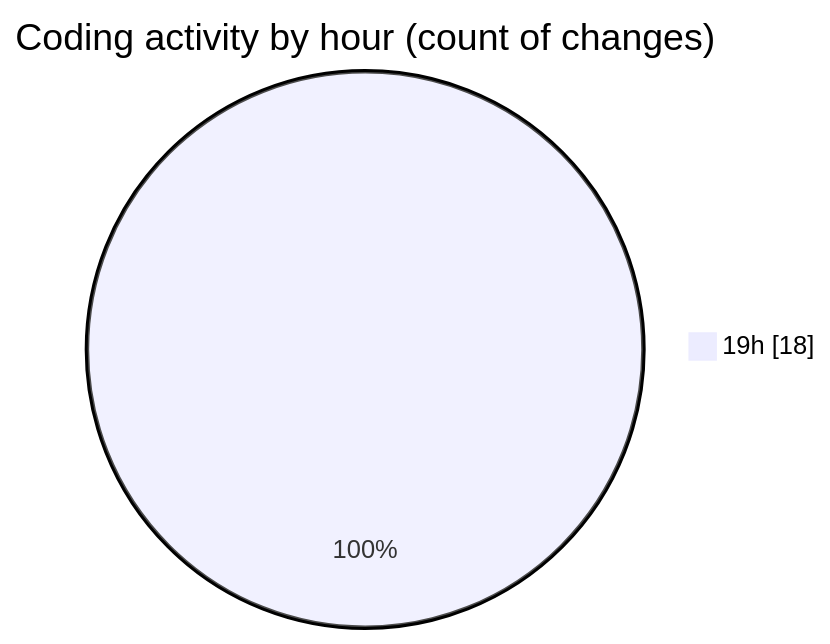
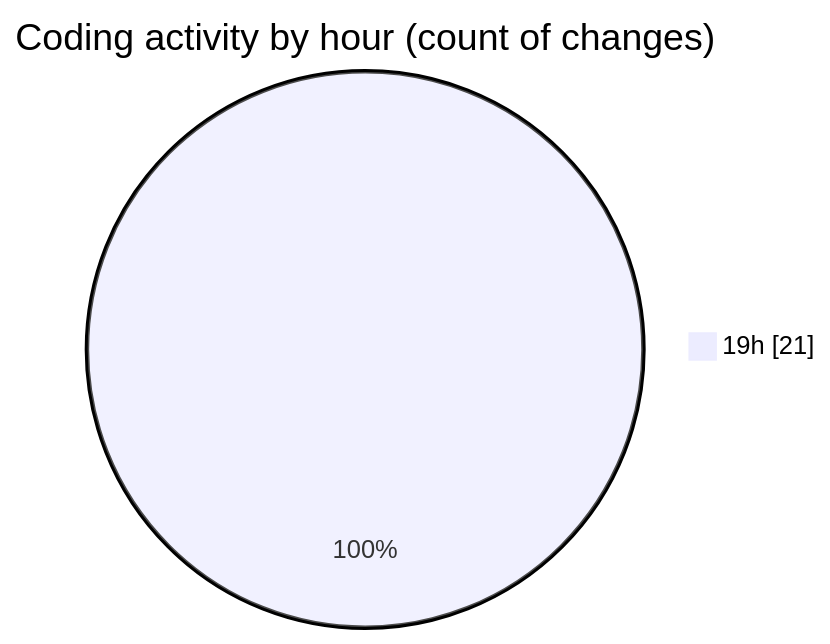
One commit to idhammustaqopulfikri/code-tracking changed the second of 2 diagrams in 2025-06-09/studio-backend/README.md. Above: the diagram before and after it, drawn with Mermaid. The commit also changed other lines of this file and 1 other file, not shown here.

````diff
--- a/2025-06-09/studio-backend/README.md
+++ b/2025-06-09/studio-backend/README.md
@@ -32,5 +33,5 @@
 ```mermaid
 pie showData
 title Coding activity by hour (count of changes)
-"19h" : 18
+"19h" : 21
 ```
````
